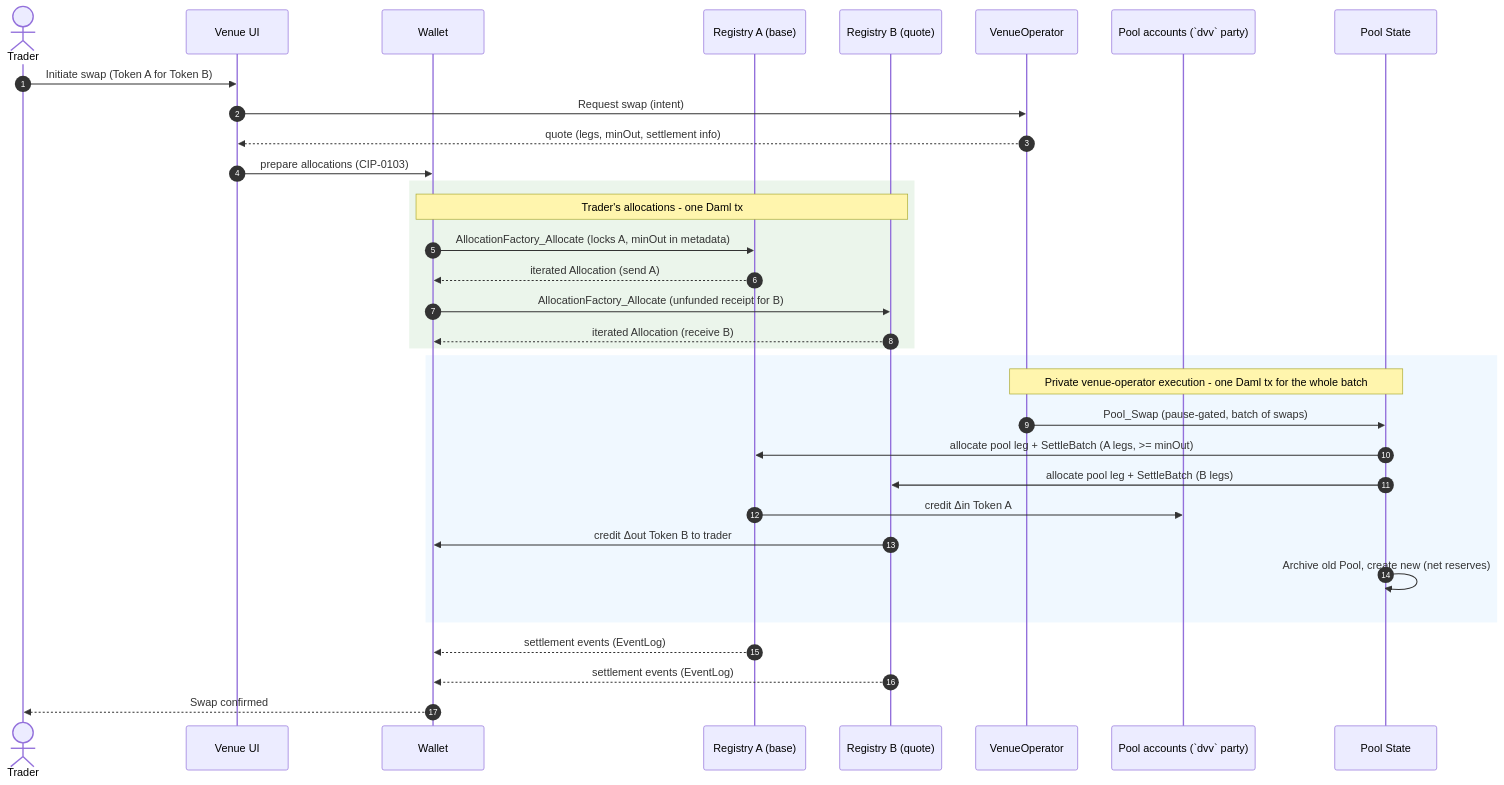
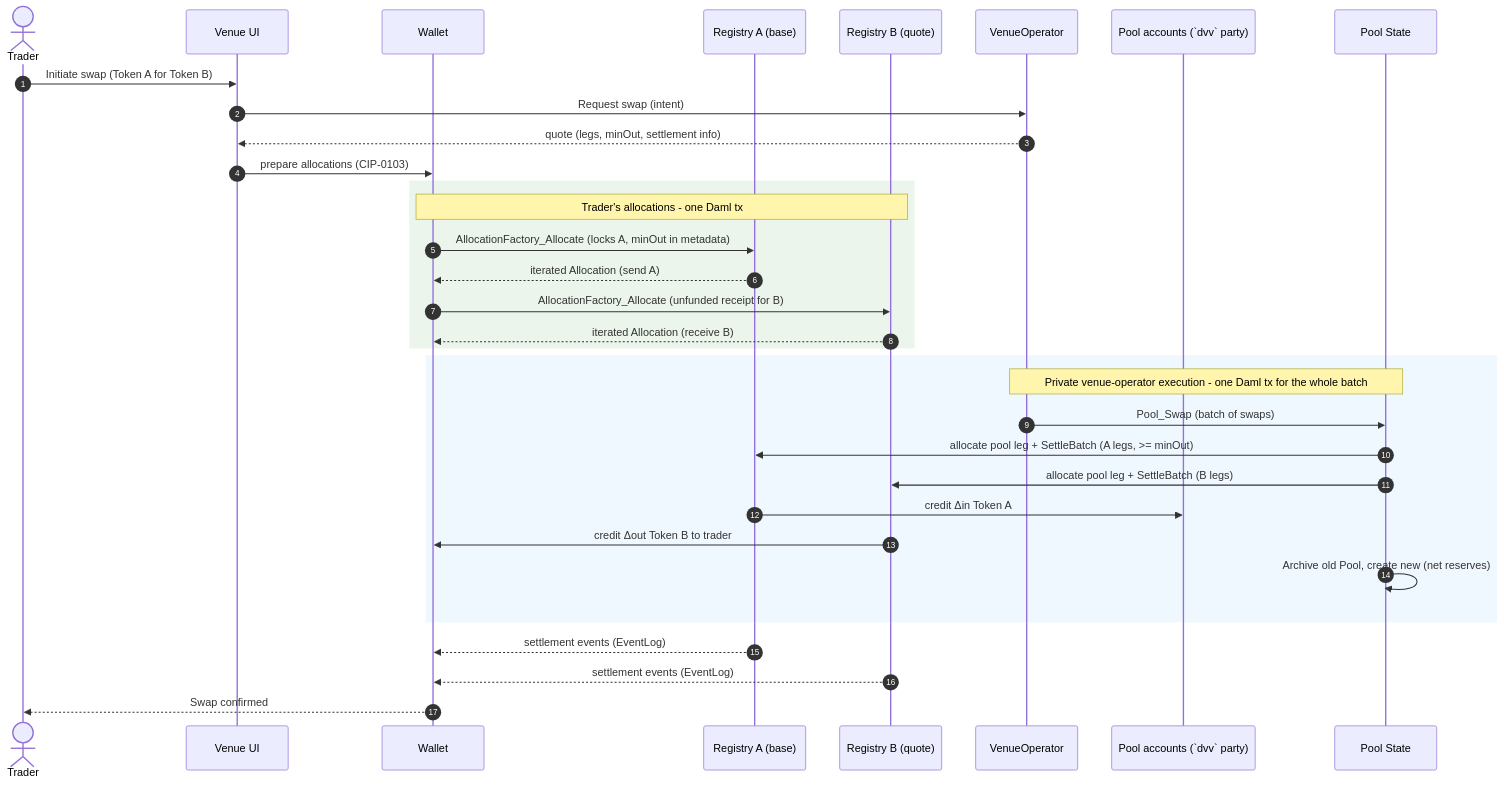
The fourth of 4 diagrams in docs/reference-architectures/dex.md (OpenZeppelin/canton-specs), drawn with Mermaid before and after one commit. The commit also changed other lines of this file, not shown here.

````diff
--- a/docs/reference-architectures/dex.md
+++ b/docs/reference-architectures/dex.md
@@ -413,37 +411,37 @@
 ```mermaid
 sequenceDiagram
     autonumber
     actor Trader
     participant VenueUI as Venue UI
     participant Wallet
     participant RegA as Registry A (base)
     participant RegB as Registry B (quote)
     participant VenueOperator
     participant PoolAcct as Pool accounts (`dvv` party)
     participant PoolContract as Pool State
 
     Trader->>VenueUI: Initiate swap (Token A for Token B)
     VenueUI->>VenueOperator: Request swap (intent)
     VenueOperator-->>VenueUI: quote (legs, minOut, settlement info)
     VenueUI->>Wallet: prepare allocations (CIP-0103)
     rect rgb(235, 245, 235)
     Note over Wallet, RegB: Trader's allocations - one Daml tx
     Wallet->>RegA: AllocationFactory_Allocate (locks A, minOut in metadata)
     RegA-->>Wallet: iterated Allocation (send A)
     Wallet->>RegB: AllocationFactory_Allocate (unfunded receipt for B)
     RegB-->>Wallet: iterated Allocation (receive B)
     end
     rect rgb(240, 248, 255)
     Note over VenueOperator, PoolContract: Private venue-operator execution - one Daml tx for the whole batch
-    VenueOperator->>PoolContract: Pool_Swap (pause-gated, batch of swaps)
+    VenueOperator->>PoolContract: Pool_Swap (batch of swaps)
     PoolContract->>RegA: allocate pool leg + SettleBatch (A legs, >= minOut)
     PoolContract->>RegB: allocate pool leg + SettleBatch (B legs)
     RegA->>PoolAcct: credit Δin Token A
     RegB->>Wallet: credit Δout Token B to trader
     PoolContract->>PoolContract: Archive old Pool, create new (net reserves)
     end
 
     RegA-->>Wallet: settlement events (EventLog)
     RegB-->>Wallet: settlement events (EventLog)
     Wallet-->>Trader: Swap confirmed
 ```
````
